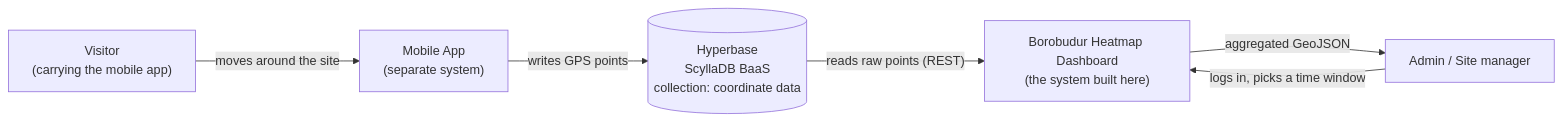
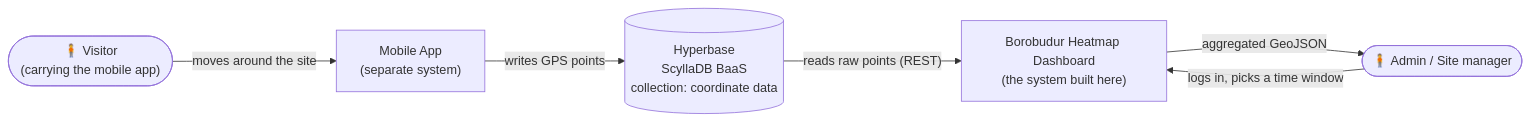
One commit to Hitchgernn/heatmap-dashboard changed the first of 8 diagrams in docs/BLUEPRINT.md. Above: the diagram before and after it, drawn with Mermaid.

Commit message:
docs(blueprint): mark Visitor and Admin as actors in the context diagram

````diff
--- a/docs/BLUEPRINT.md
+++ b/docs/BLUEPRINT.md
@@ -244,14 +244,14 @@
 ```mermaid
 flowchart LR
-    Visitor["Visitor<br/>(carrying the mobile app)"]
+    Visitor(["🧍 Visitor<br/>(carrying the mobile app)"])
     MobileApp["Mobile App<br/>(separate system)"]
     Hyperbase[("Hyperbase<br/>ScyllaDB BaaS<br/>collection: coordinate data")]
     System["Borobudur Heatmap Dashboard<br/>(the system built here)"]
-    Admin["Admin / Site manager"]
+    Admin(["🧍 Admin / Site manager"])
 
     Visitor -->|"moves around the site"| MobileApp
     MobileApp -->|"writes GPS points"| Hyperbase
     Hyperbase -->|"reads raw points (REST)"| System
     System -->|"aggregated GeoJSON"| Admin
     Admin -->|"logs in, picks a time window"| System
 ```
````
